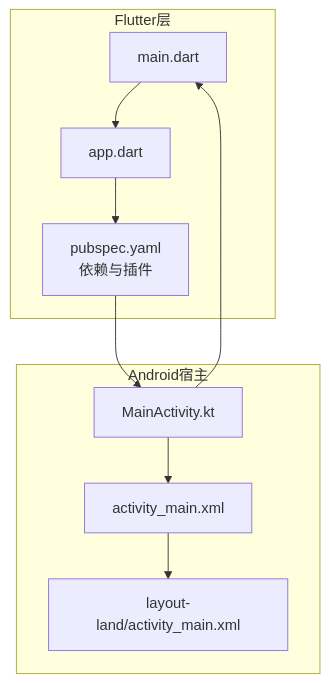
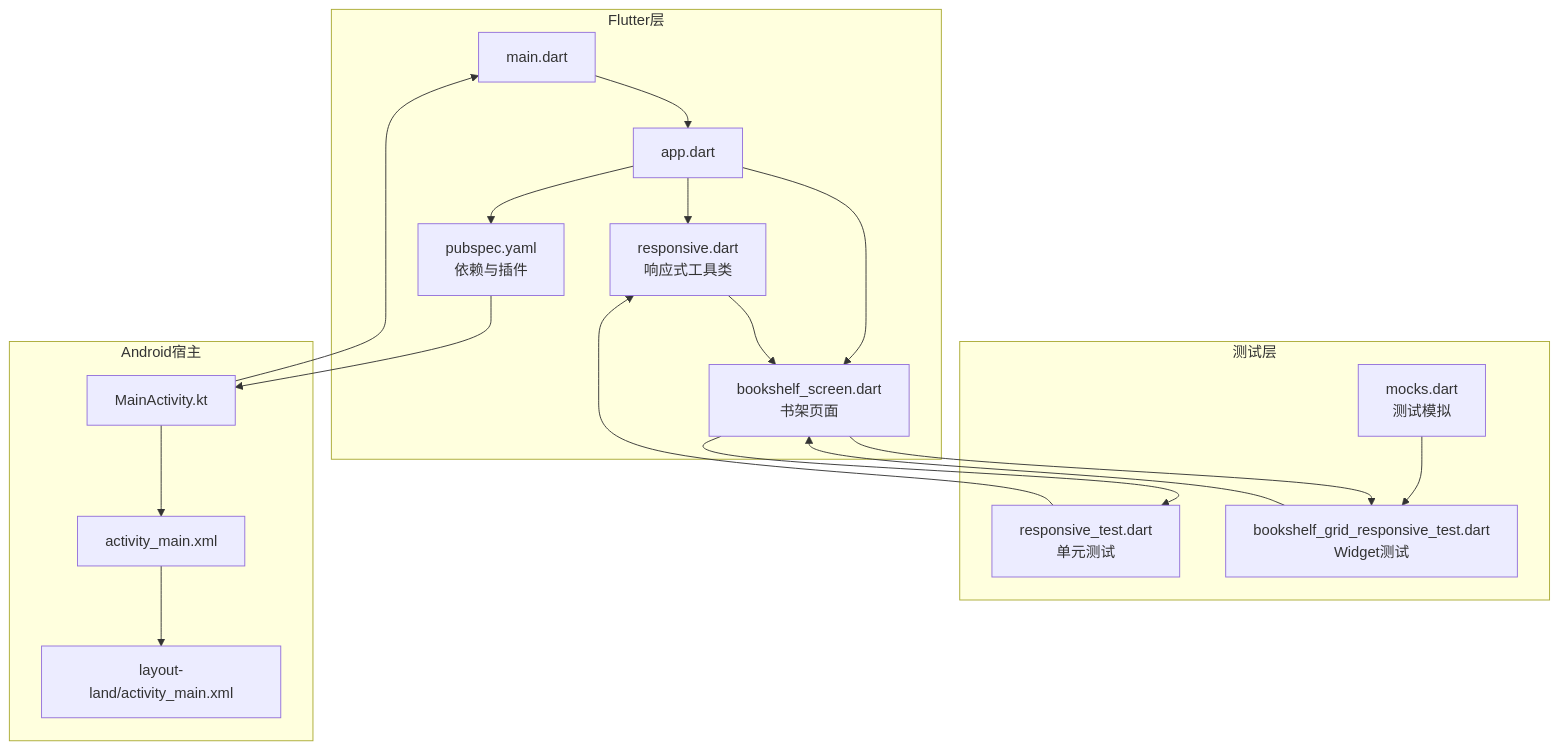
One commit to ZhangGHGitHub/LegadoTeamFlutter changed the first of 4 diagrams in .qoder/repowiki/zh/content/Flutter跨平台应用/UI组件系统/响应式布局.md. Above: the diagram before and after it, drawn with Mermaid. The commit also changed other lines of this file and 173 other files, not shown here.

````diff
--- a/.qoder/repowiki/zh/content/Flutter跨平台应用/UI组件系统/响应式布局.md
+++ b/.qoder/repowiki/zh/content/Flutter跨平台应用/UI组件系统/响应式布局.md
@@ -39,13 +56,23 @@
 ```mermaid
 graph TB
 subgraph "Flutter层"
 M["main.dart"] --> A["app.dart"]
 A --> P["pubspec.yaml<br/>依赖与插件"]
+A --> R["responsive.dart<br/>响应式工具类"]
+A --> B["bookshelf_screen.dart<br/>书架页面"]
+end
+subgraph "测试层"
+UT["responsive_test.dart<br/>单元测试"] --> R
+WT["bookshelf_grid_responsive_test.dart<br/>Widget测试"] --> B
+TM["mocks.dart<br/>测试模拟"] --> WT
 end
 subgraph "Android宿主"
 AM["MainActivity.kt"] --> AL["activity_main.xml"]
 AL --> LL["layout-land/activity_main.xml"]
 end
 P --> AM
 AM --> M
+R --> B
+B --> UT
+B --> WT
 ```
````
